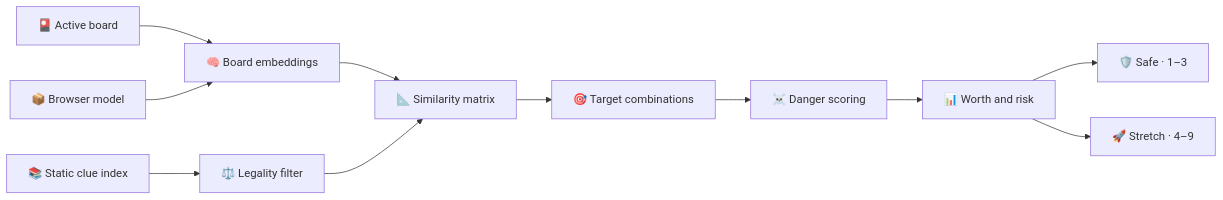
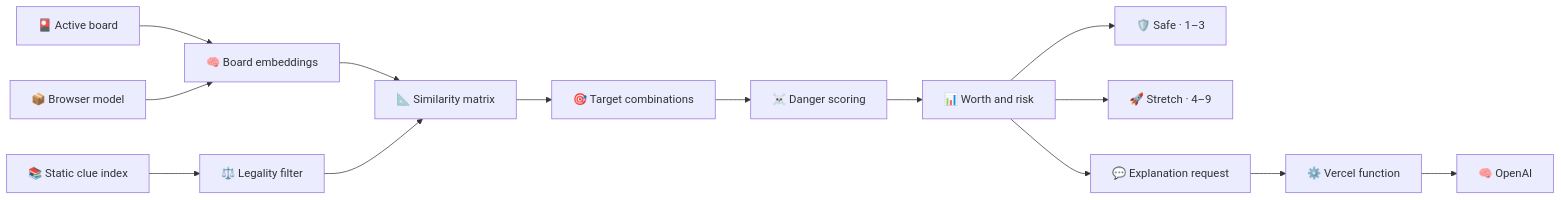
One commit to andybergon/codenames changed the diagram in docs/clue-engine.md. Above: the diagram before and after it, drawn with Mermaid. The commit also changed other lines of this file and 22 other files, not shown here.

````diff
--- a/docs/clue-engine.md
+++ b/docs/clue-engine.md
@@ -17,13 +17,16 @@
 ```mermaid
 flowchart LR
   Board["🎴 Active board"] --> Embed["🧠 Board embeddings"]
   Model["📦 Browser model"] --> Embed
   Index["📚 Static clue index"] --> Legal["⚖️ Legality filter"]
   Embed --> Similarity["📐 Similarity matrix"]
   Legal --> Similarity
   Similarity --> Targets["🎯 Target combinations"]
   Targets --> Danger["☠️ Danger scoring"]
   Danger --> Rank["📊 Worth and risk"]
   Rank --> Safe["🛡️ Safe · 1–3"]
   Rank --> Stretch["🚀 Stretch · 4–9"]
+  Rank --> Explain["💬 Explanation request"]
+  Explain --> API["⚙️ Vercel function"]
+  API --> OpenAI["🧠 OpenAI"]
 ```
````
